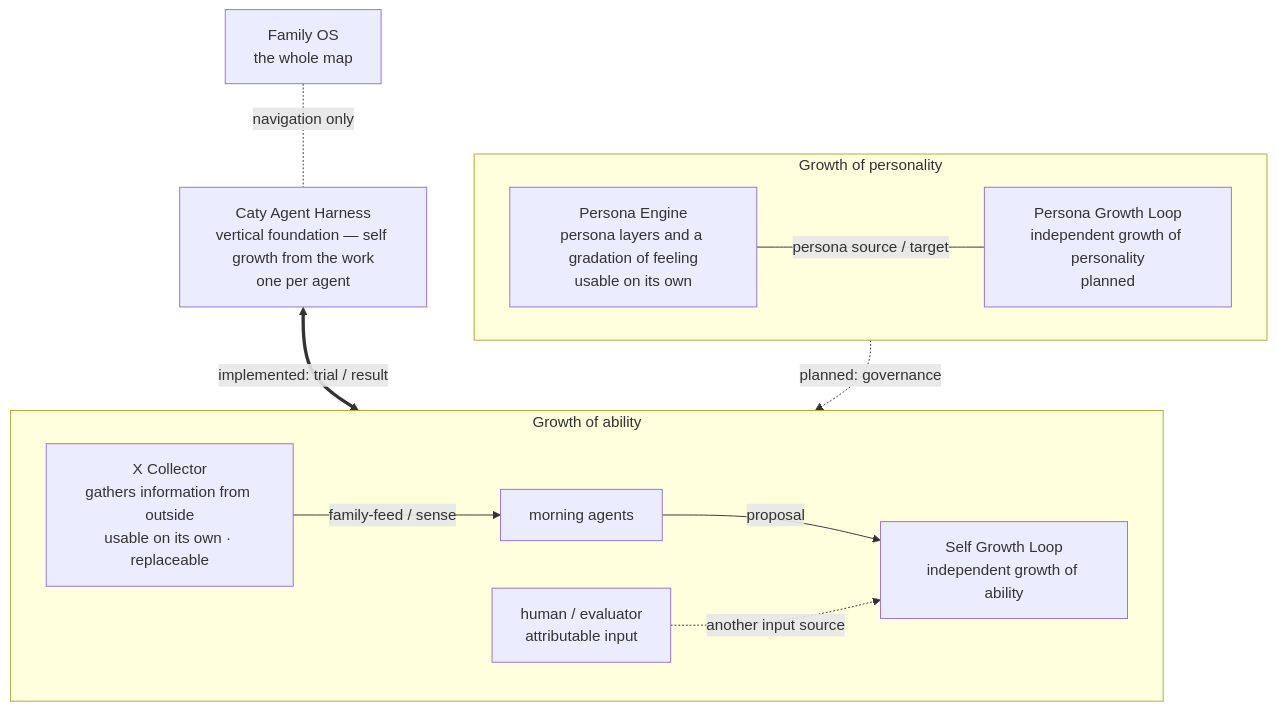
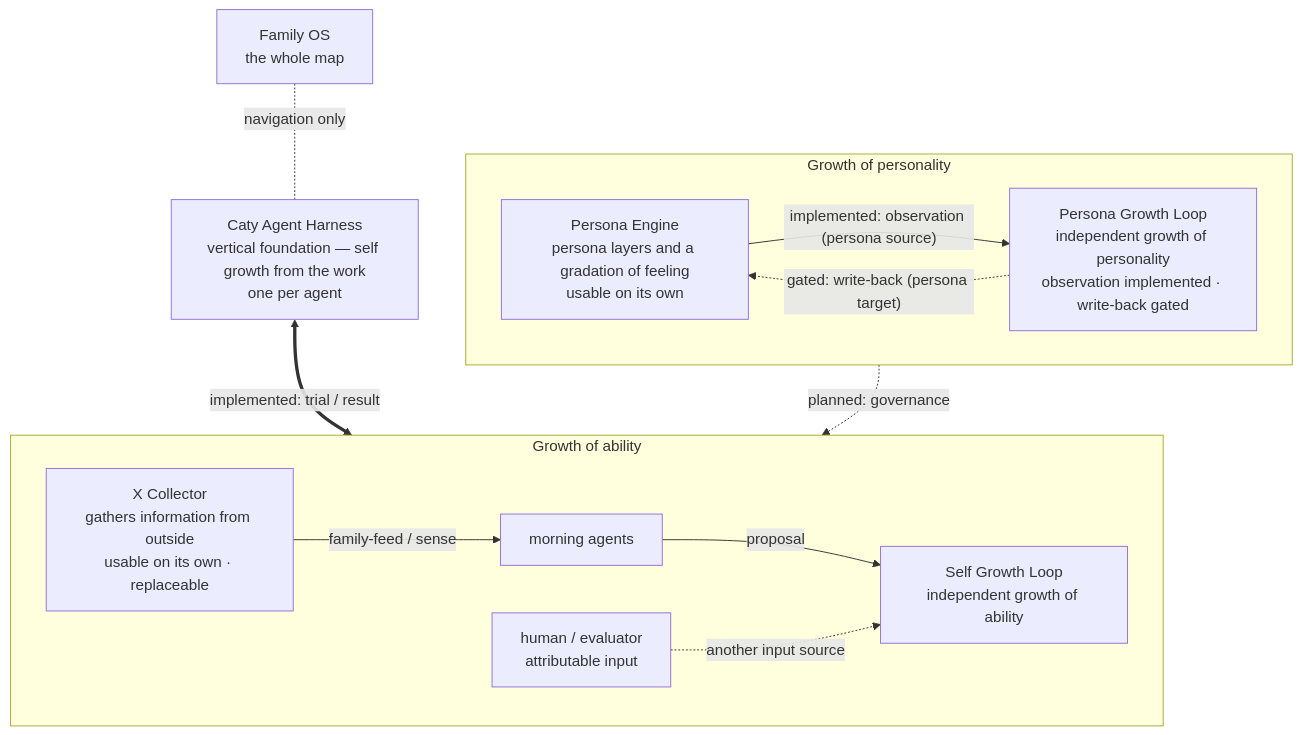
One commit to caty-ai/family-os changed the second of 4 diagrams in docs/engineering.ja.md. Above: the diagram before and after it, drawn with Mermaid. The commit also changed other lines of this file and 5 other files, not shown here.

First line of the commit message:
docs(engineering): Persona Engine <-> Persona Growth Loop rows agree with the observed state (#176)

````diff
--- a/docs/engineering.ja.md
+++ b/docs/engineering.ja.md
@@ -110,27 +110,28 @@
 ```mermaid
 flowchart TB
   OS["Family OS<br/>the whole map"]
   Caty["Caty Agent Harness<br/>vertical foundation — self growth from the work<br/>one per agent"]
   OS -.-|"navigation only"| Caty
 
   subgraph PersonaAxis["Growth of personality"]
     direction LR
     PersonaEngine["Persona Engine<br/>persona layers and a gradation of feeling<br/>usable on its own"]
-    PersonaGrowth["Persona Growth Loop<br/>independent growth of personality<br/>planned"]
-    PersonaEngine ---|"persona source / target"| PersonaGrowth
+    PersonaGrowth["Persona Growth Loop<br/>independent growth of personality<br/>observation implemented · write-back gated"]
+    PersonaEngine -->|"implemented: observation (persona source)"| PersonaGrowth
+    PersonaGrowth -.->|"gated: write-back (persona target)"| PersonaEngine
   end
 
   subgraph AbilityAxis["Growth of ability"]
     direction LR
     X["X Collector<br/>gathers information from outside<br/>usable on its own · replaceable"]
     Morning["morning agents"]
     SelfGrowth["Self Growth Loop<br/>independent growth of ability"]
     Other["human / evaluator<br/>attributable input"]
     X -->|"family-feed / sense"| Morning
     Morning -->|"proposal"| SelfGrowth
     Other -.->|"another input source"| SelfGrowth
   end
 
   Caty <==>|"implemented: trial / result"| SelfGrowth
   PersonaGrowth -.->|"planned: governance"| SelfGrowth
 ```
````
